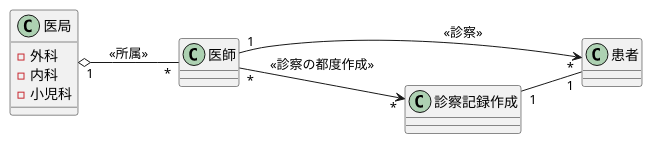
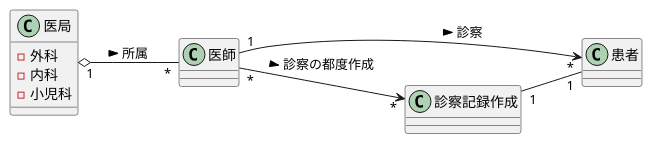
One commit to Ragamn/uml-introduction changed the diagram in 演習3-2_CL_医師と患者と医局と診療記録.pu. Above: the diagram before and after it, drawn with PlantUML.

Commit message:
修正3-2

```diff
--- a/演習3-2_CL_医師と患者と医局と診療記録.pu
+++ b/演習3-2_CL_医師と患者と医局と診療記録.pu
@@ -1,21 +1,21 @@
 @startuml
 left to right direction
 class 医師 {
 
 }
 class 患者 {
 
 }
 class 医局 {
 - 外科
 - 内科
 - 小児科
 }
 class 診察記録作成 {
 
 }
-医師 "1" --> "*" 患者: <<診察>>
-医局 "1" o-- "*" 医師:<<所属>>
-医師 "*" --> "*" 診察記録作成: <<診察の都度作成>>
+医師 "1" --> "*" 患者: > 診察
+医局 "1" o-- "*" 医師: > 所属
+医師 "*" --> "*" 診察記録作成: > 診察の都度作成
 診察記録作成 "1" -- "1" 患者
 @enduml
```
